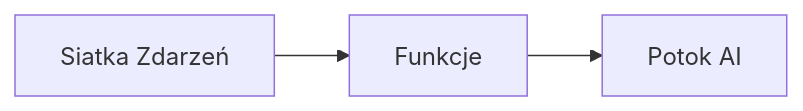
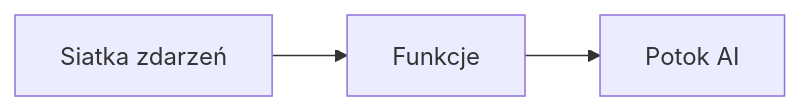
Before and after one commit to microsoft/AZD-for-beginners: the second of 2 diagrams in translations/pl/docs/chapter-08-production/README.md, drawn with Mermaid. The commit also changed other lines of this file and 61 other files, not shown here.

````diff
--- a/translations/pl/docs/chapter-08-production/README.md
+++ b/translations/pl/docs/chapter-08-production/README.md
@@ -57,4 +57,4 @@
 ```mermaid
 graph LR
-    EventGrid[Siatka Zdarzeń] --> Functions[Funkcje] --> Pipeline[Potok AI]
+    EventGrid[Siatka zdarzeń] --> Functions[Funkcje] --> Pipeline[Potok AI]
 ```
````
